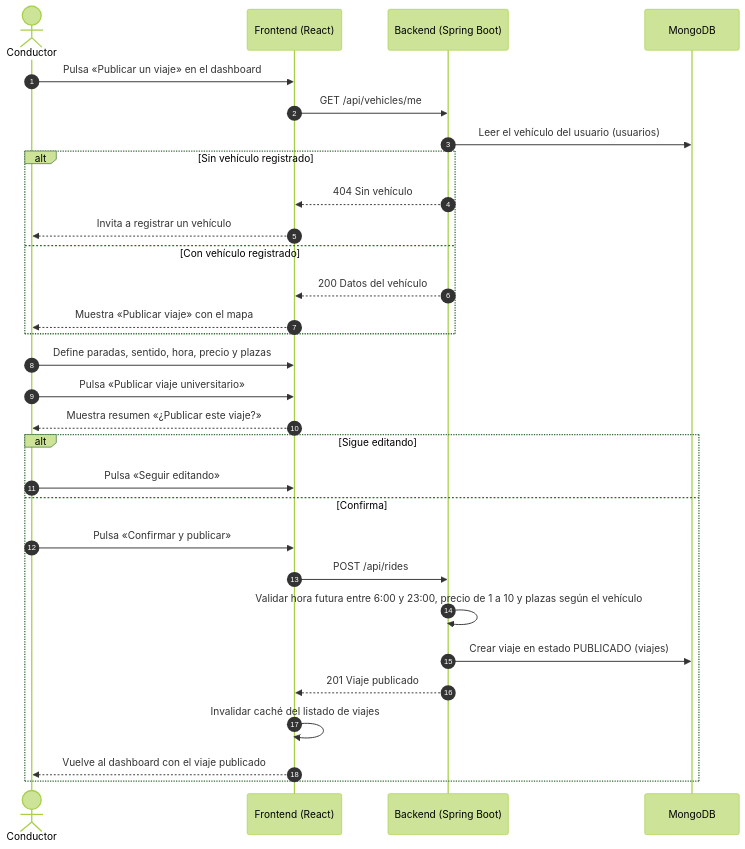
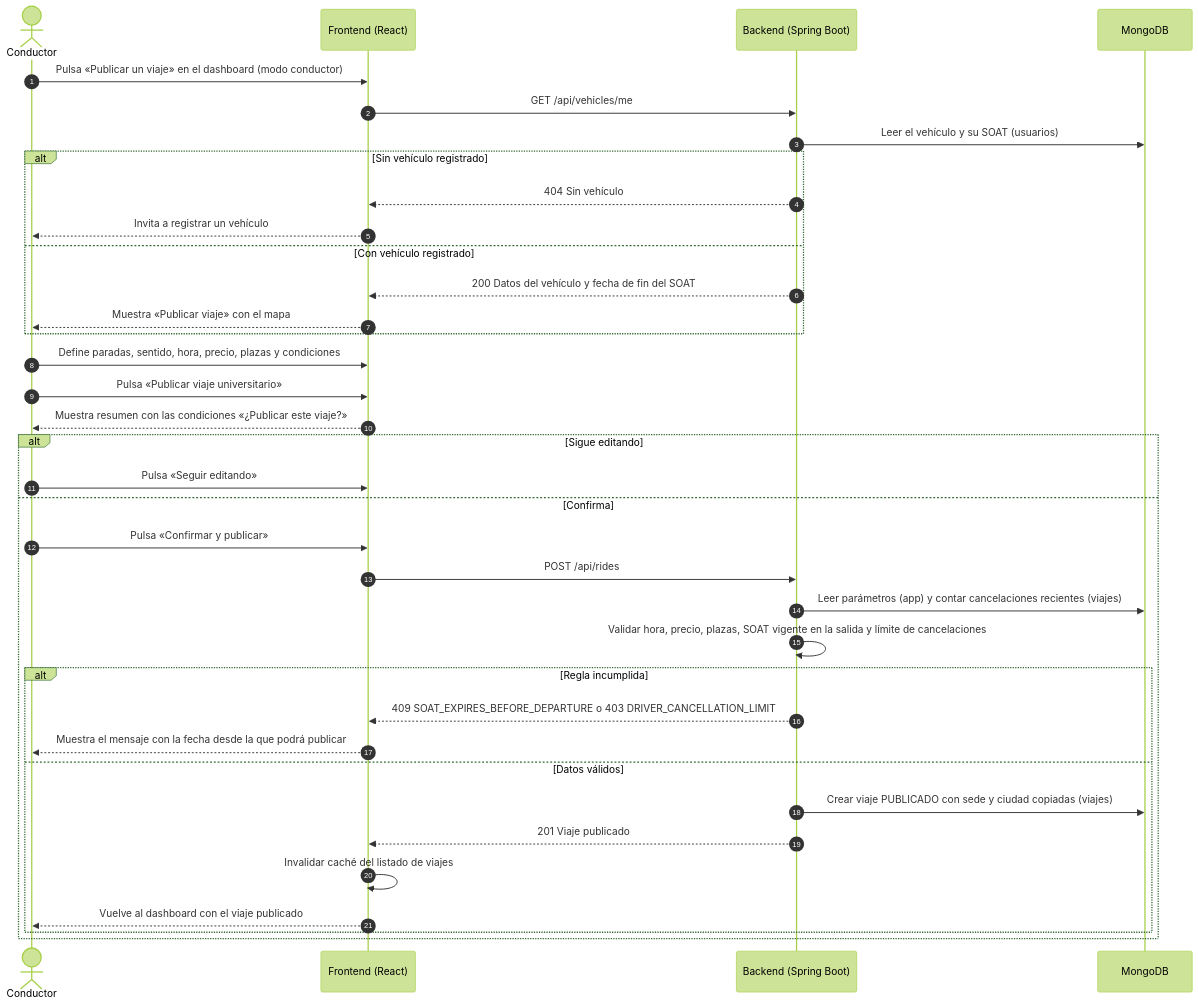
Before and after one commit to manuelguarniz/mono-movilidad-colaborativa: the eighth of 13 diagrams in README.md, drawn with Mermaid (forest theme). The commit also changed other lines of this file and 54 other files, not shown here.

````diff
--- a/README.md
+++ b/README.md
@@ -627,34 +1078,40 @@
 ```mermaid
 sequenceDiagram
     autonumber
     actor C as Conductor
     participant FE as Frontend (React)
     participant API as Backend (Spring Boot)
     participant DB as MongoDB
 
-    C->>FE: Pulsa «Publicar un viaje» en el dashboard
+    C->>FE: Pulsa «Publicar un viaje» en el dashboard (modo conductor)
     FE->>API: GET /api/vehicles/me
-    API->>DB: Leer el vehículo del usuario (usuarios)
+    API->>DB: Leer el vehículo y su SOAT (usuarios)
     alt Sin vehículo registrado
         API-->>FE: 404 Sin vehículo
         FE-->>C: Invita a registrar un vehículo
     else Con vehículo registrado
-        API-->>FE: 200 Datos del vehículo
+        API-->>FE: 200 Datos del vehículo y fecha de fin del SOAT
         FE-->>C: Muestra «Publicar viaje» con el mapa
     end
 
-    C->>FE: Define paradas, sentido, hora, precio y plazas
+    C->>FE: Define paradas, sentido, hora, precio, plazas y condiciones
     C->>FE: Pulsa «Publicar viaje universitario»
-    FE-->>C: Muestra resumen «¿Publicar este viaje?»
+    FE-->>C: Muestra resumen con las condiciones «¿Publicar este viaje?»
     alt Sigue editando
         C->>FE: Pulsa «Seguir editando»
     else Confirma
         C->>FE: Pulsa «Confirmar y publicar»
         FE->>API: POST /api/rides
-        API->>API: Validar hora futura entre 6:00 y 23:00, precio de 1 a 10 y plazas según el vehículo
-        API->>DB: Crear viaje en estado PUBLICADO (viajes)
-        API-->>FE: 201 Viaje publicado
-        FE->>FE: Invalidar caché del listado de viajes
-        FE-->>C: Vuelve al dashboard con el viaje publicado
+        API->>DB: Leer parámetros (app) y contar cancelaciones recientes (viajes)
+        API->>API: Validar hora, precio, plazas, SOAT vigente en la salida y límite de cancelaciones
+        alt Regla incumplida
+            API-->>FE: 409 SOAT_EXPIRES_BEFORE_DEPARTURE o 403 DRIVER_CANCELLATION_LIMIT
+            FE-->>C: Muestra el mensaje con la fecha desde la que podrá publicar
+        else Datos válidos
+            API->>DB: Crear viaje PUBLICADO con sede y ciudad copiadas (viajes)
+            API-->>FE: 201 Viaje publicado
+            FE->>FE: Invalidar caché del listado de viajes
+            FE-->>C: Vuelve al dashboard con el viaje publicado
+        end
     end
 ```
````
